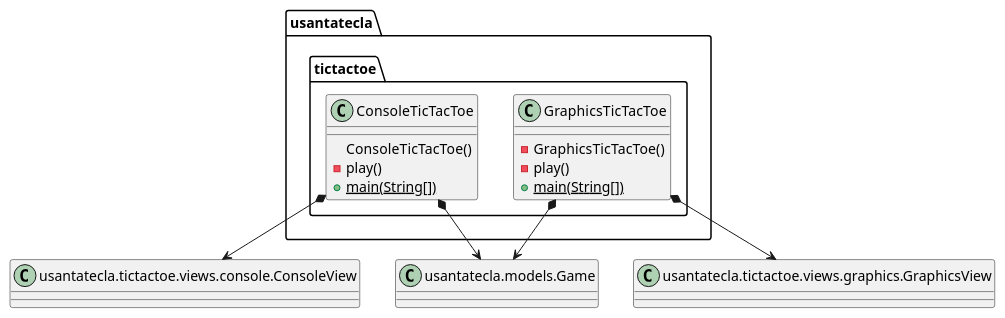
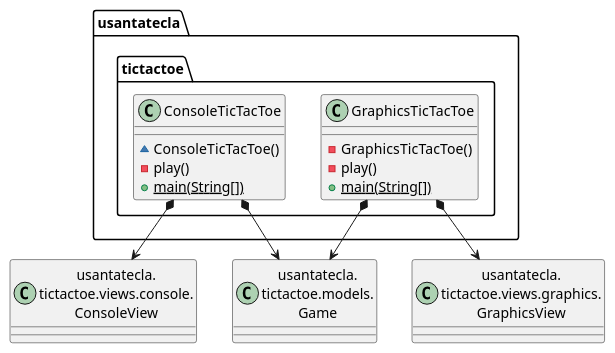
One commit to Jolucaa/USantaTecla-project-ticTacToe changed the first of 7 diagrams in documentView/withoutFactoryMethod/docs/diagrams/src/paquetes.plantuml. Above: the diagram before and after it, drawn with PlantUML. The commit also changed other lines of this file and 111 other files, not shown here.

Commit message:
[dv] Added types package + refactored diagrams

```diff
--- a/documentView/withoutFactoryMethod/docs/diagrams/src/paquetes.plantuml
+++ b/documentView/withoutFactoryMethod/docs/diagrams/src/paquetes.plantuml
@@ -1,26 +1,22 @@
 @startuml tictactoe
+class Game as "usantatecla.\ntictactoe.models.\nGame"
+class ConsoleView as "usantatecla.\ntictactoe.views.console.\nConsoleView"
+class GraphicsView as "usantatecla.\ntictactoe.views.graphics.\nGraphicsView"
+
 class usantatecla.tictactoe.ConsoleTicTacToe {
-
-	ConsoleTicTacToe()
+	~ ConsoleTicTacToe()
 	- play()
 	+ {static} main(String[])
-
 }
+usantatecla.tictactoe.ConsoleTicTacToe *-down-> Game
+usantatecla.tictactoe.ConsoleTicTacToe *-down-> ConsoleView
 
 class usantatecla.tictactoe.GraphicsTicTacToe {
-
 	- GraphicsTicTacToe()
 	- play()
 	+ {static} main(String[])
+}
+usantatecla.tictactoe.GraphicsTicTacToe *-down-> Game
+usantatecla.tictactoe.GraphicsTicTacToe *-down-> GraphicsView
 
-}
-
-class Game as "usantatecla.models.Game"
-class consoleView as "usantatecla.tictactoe.views.console.ConsoleView"
-class graphicsView as "usantatecla.tictactoe.views.graphics.GraphicsView"
-
-usantatecla.tictactoe.ConsoleTicTacToe *-down-> Game
-usantatecla.tictactoe.GraphicsTicTacToe *-down-> Game
-usantatecla.tictactoe.ConsoleTicTacToe *-down-> consoleView
-usantatecla.tictactoe.GraphicsTicTacToe *-down-> graphicsView
 @enduml
```
